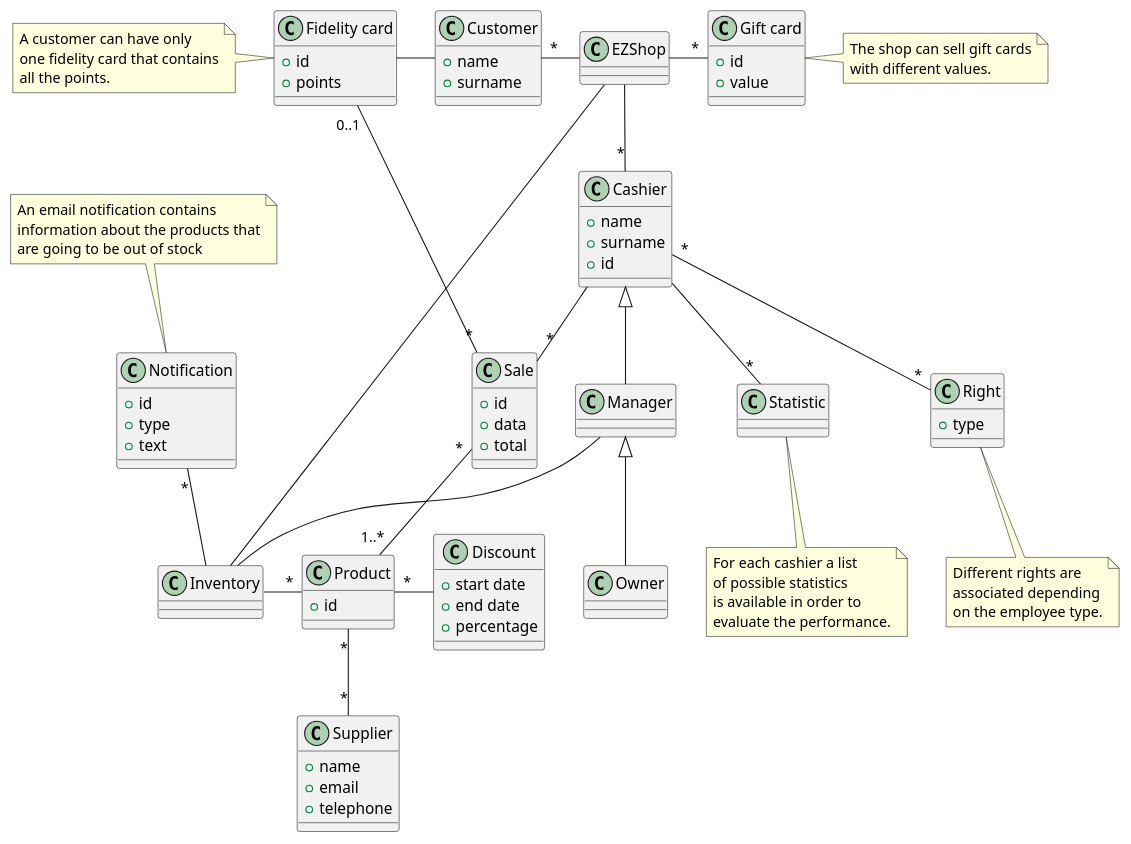
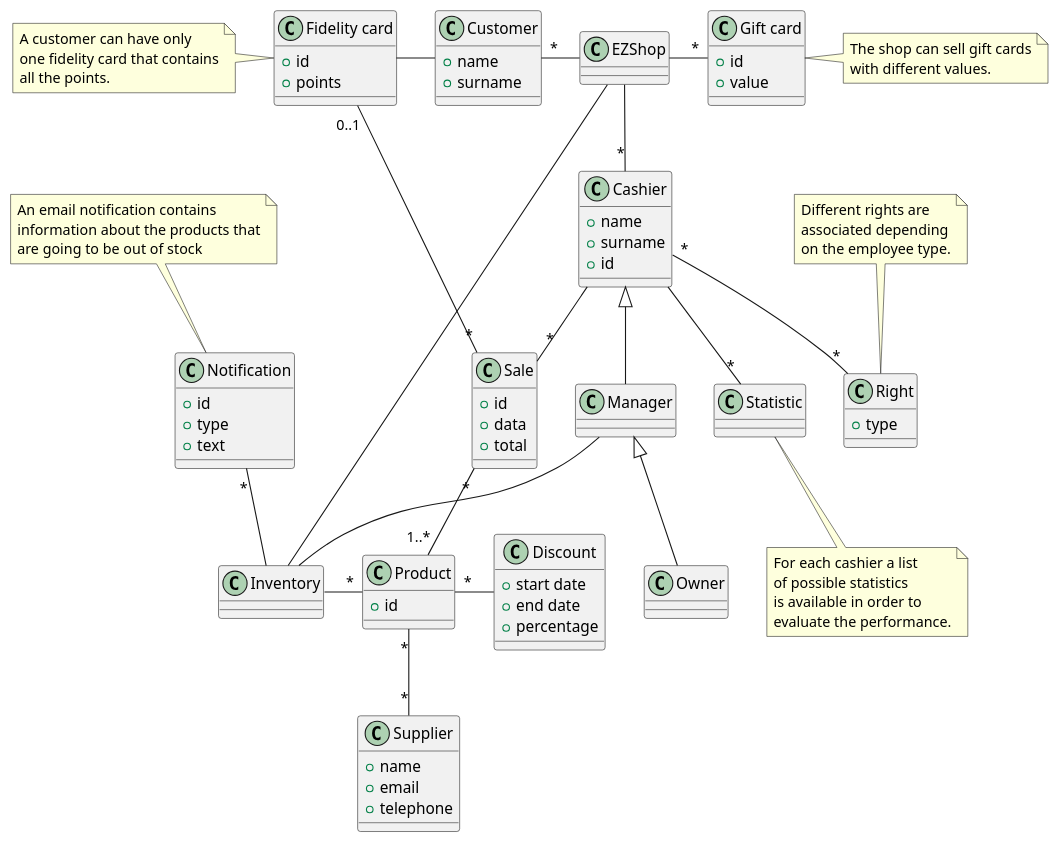
The third of 5 diagrams in Deliverables/RequirementsDocument.md (MatteoBattilana/EzShop), drawn with PlantUML before and after one commit. The commit also changed other lines of this file, not shown here.

````diff
--- a/Deliverables/RequirementsDocument.md
+++ b/Deliverables/RequirementsDocument.md
@@ -565,78 +584,78 @@
 ```plantuml
 @startuml
 class Cashier {
 	+ name
 	+ surname
 	+ id
 }
 class Right {
 	+ type
 }
 class Discount {
 	+ start date
 	+ end date
 	+ percentage
 }
 class "Product" {
 	+ id
 }
 class Notification {
 	+ id
 	+ type
 	+ text
 }
 class "Gift card" {
 	+ id
 	+ value
 }
 
 class Customer {
 	+ name
 	+ surname
 }
 
 class "Fidelity card" {
 	+ id
 	+ points
 }
 
 class Sale {
 	+ id
 	+ data
 	+ total
 }
 
 class Supplier {
 	+ name
 	+ email
 	+ telephone
 }
 
 EZShop -- "*" Cashier
 Manager -up-|> Cashier
 Owner -up-|> Manager
 Cashier "*"-- "*" Right
 Cashier -down- "*" Statistic
 EZShop -right- "*" "Gift card"
 
 EZShop -- Inventory
 Inventory -up- "*" Notification
 Inventory -right- "*" Product
 Product "*" -right- Discount
 Supplier "*" -up- "*" Product
 EZShop -left- "*" Customer
 Customer -left- "Fidelity card"
 Manager -- Inventory
 
 Cashier -- "*" Sale
 Sale "*" -- "1..*" Product
 "Fidelity card" "0..1" -- "*" Sale
 
 note left of "Fidelity card" : A customer can have only\none fidelity card that contains\nall the points.
 note right of "Gift card" : The shop can sell gift cards\nwith different values.
 note top of Notification : An email notification contains \ninformation about the products that\nare going to be out of stock
-note bottom of Right : Different rights are\nassociated depending\non the employee type.
+note top of Right : Different rights are\nassociated depending\non the employee type.
 note bottom of Statistic : For each cashier a list\nof possible statistics\nis available in order to\nevaluate the performance.
 
 @enduml
 ```
````
